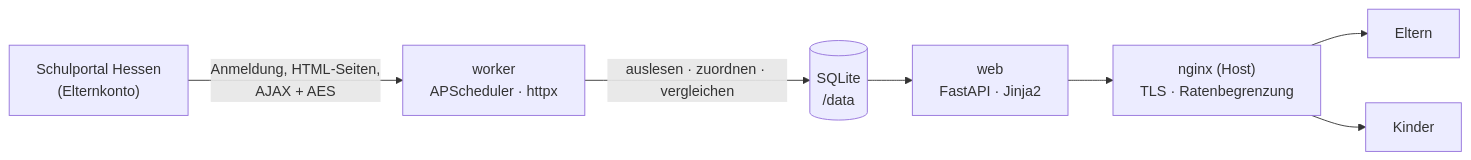
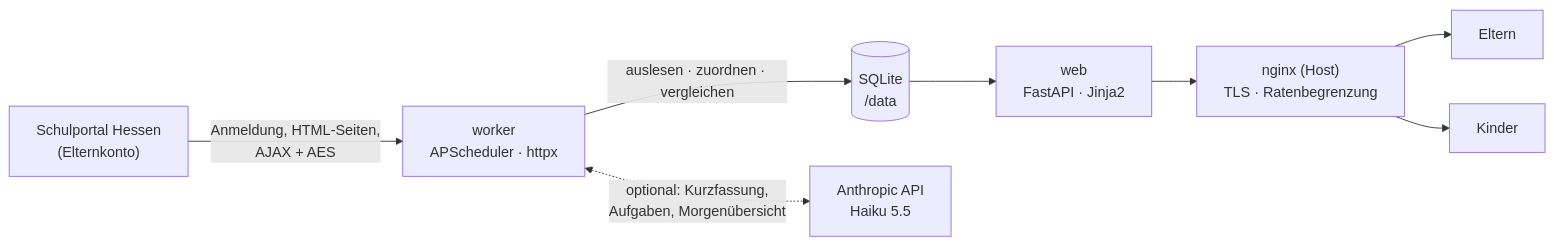
Before and after one commit to 2bAndi/schulportal: the diagram in README.md, drawn with Mermaid. The commit also changed other lines of this file and 17 other files, not shown here.

First line of the commit message:
KI-Zusatz: Kurzfassung, Aufgaben, Zuordnung als Rückfall, Morgenübersicht

````diff
--- a/README.md
+++ b/README.md
@@ -59,9 +61,10 @@
 ```mermaid
 flowchart LR
     SPH["Schulportal Hessen<br/>(Elternkonto)"] -->|"Anmeldung, HTML-Seiten,<br/>AJAX + AES"| W["worker<br/>APScheduler · httpx"]
     W -->|"auslesen · zuordnen · vergleichen"| DB[("SQLite<br/>/data")]
+    W <-.->|"optional: Kurzfassung,<br/>Aufgaben, Morgenübersicht"| AI["Anthropic API<br/>Haiku 5.5"]
     DB --> WEB["web<br/>FastAPI · Jinja2"]
     WEB --> NGINX["nginx (Host)<br/>TLS · Ratenbegrenzung"]
     NGINX --> P["Eltern"]
     NGINX --> K["Kinder"]
 ```
````
